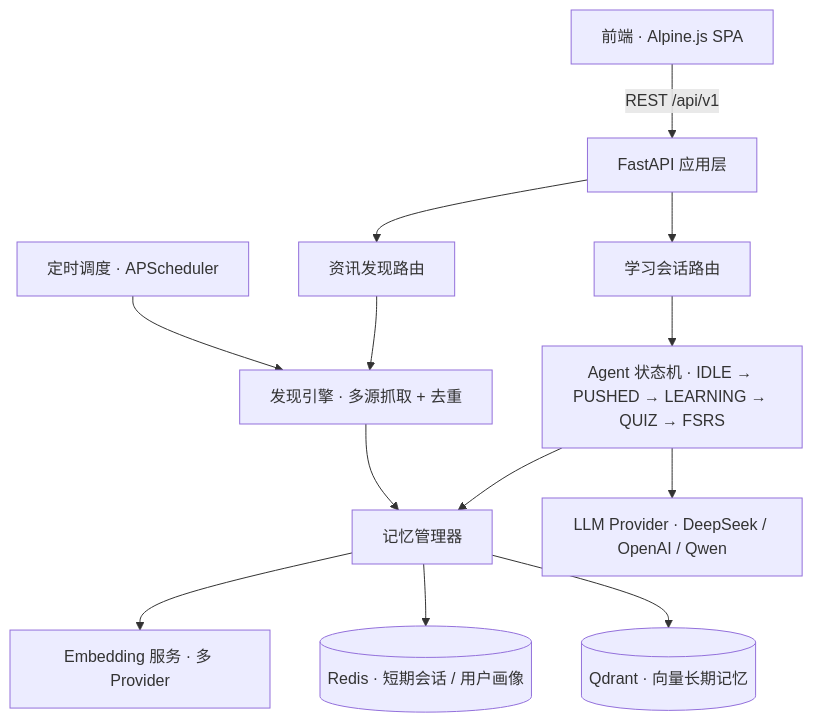
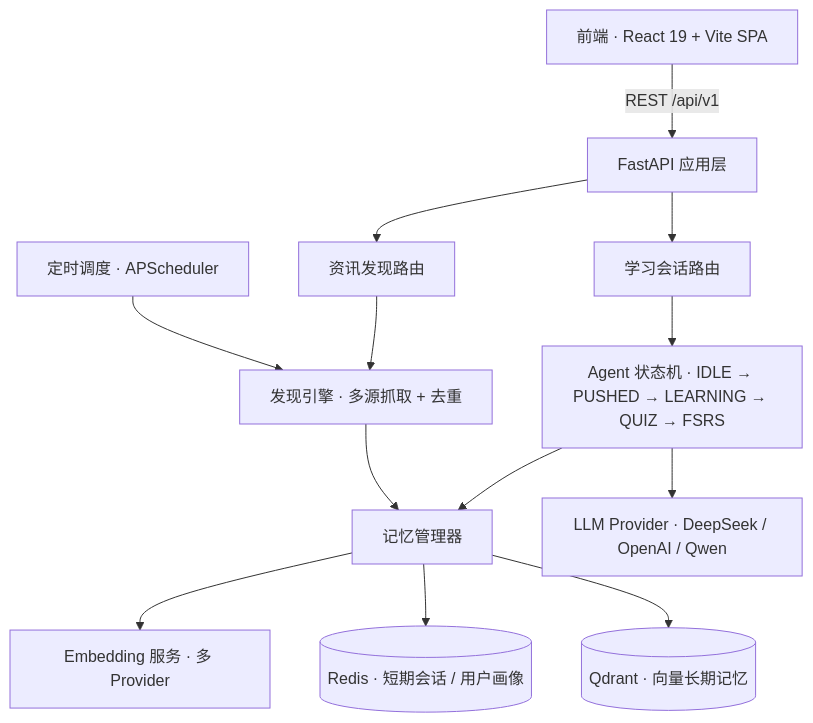
The diagram in README.md (LOve-LaQ/ILO-Agent), drawn with Mermaid before and after one commit. The commit also changed other lines of this file and 8 other files, not shown here.

Commit message:
docs: 走查 README，补齐前端启动步骤并内嵌 8 张真实截图

````diff
--- a/README.md
+++ b/README.md
@@ -97,15 +104,15 @@
 ```mermaid
 flowchart TB
-    UI["前端 · Alpine.js SPA"] -->|"REST /api/v1"| API["FastAPI 应用层"]
+    UI["前端 · React 19 + Vite SPA"] -->|"REST /api/v1"| API["FastAPI 应用层"]
     API --> DISC["资讯发现路由"]
     API --> LEARN["学习会话路由"]
     SCH["定时调度 · APScheduler"] --> ENGINE["发现引擎 · 多源抓取 + 去重"]
     DISC --> ENGINE
     ENGINE --> MEM["记忆管理器"]
     LEARN --> SM["Agent 状态机 · IDLE → PUSHED → LEARNING → QUIZ → FSRS"]
     SM --> MEM
     SM --> LLM["LLM Provider · DeepSeek / OpenAI / Qwen"]
     MEM --> EMB["Embedding 服务 · 多 Provider"]
     MEM --> REDIS[("Redis · 短期会话 / 用户画像")]
     MEM --> QDRANT[("Qdrant · 向量长期记忆")]
 ```
````
